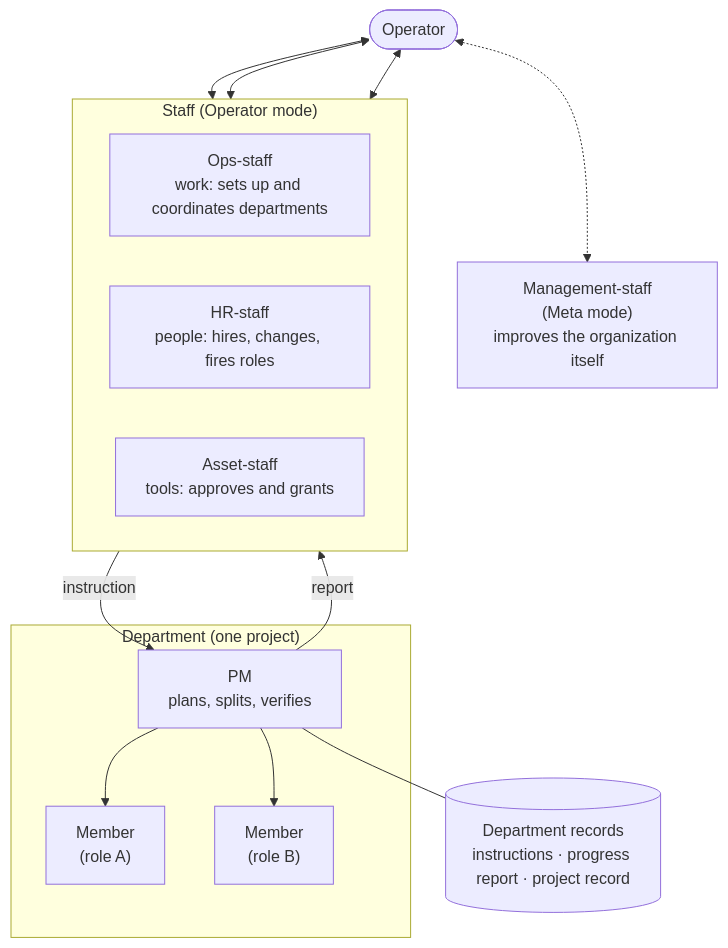
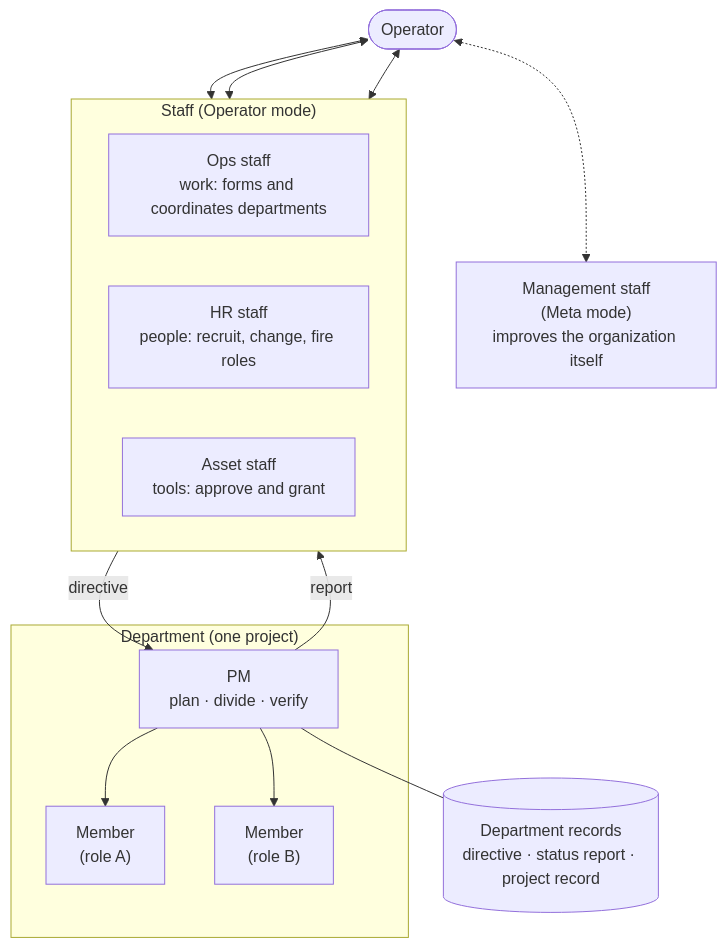
One commit to Alex2006-KOR/aise-org-site changed the diagram in docs/en/story/at-a-glance.md. Above: the diagram before and after it, drawn with Mermaid. The commit also changed other lines of this file and 241 other files, not shown here.

First line of the commit message:
Rewrite step 2 (EN + docs): chapters 2-9 in English, chapter 1/5 headings and links, architecture.md and rewrite-plan.md, real-browser evidence

````diff
--- a/docs/en/story/at-a-glance.md
+++ b/docs/en/story/at-a-glance.md
@@ -43,26 +118,26 @@
 ```mermaid
 flowchart TB
   OP(["Operator"])
   subgraph STAFF["Staff (Operator mode)"]
     direction LR
-    W["Ops-staff<br/>work: sets up and coordinates departments"]
-    H["HR-staff<br/>people: hires, changes, fires roles"]
-    A["Asset-staff<br/>tools: approves and grants"]
+    W["Ops staff<br/>work: forms and coordinates departments"]
+    H["HR staff<br/>people: recruit, change, fire roles"]
+    A["Asset staff<br/>tools: approve and grant"]
   end
-  MG["Management-staff<br/>(Meta mode)<br/>improves the organization itself"]
+  MG["Management staff<br/>(Meta mode)<br/>improves the organization itself"]
   subgraph DEPT["Department (one project)"]
-    PM["PM<br/>plans, splits, verifies"]
+    PM["PM<br/>plan · divide · verify"]
     M1["Member<br/>(role A)"]
     M2["Member<br/>(role B)"]
   end
-  REC[("Department records<br/>instructions · progress report · project record")]
+  REC[("Department records<br/>directive · status report · project record")]
   OP <--> W
   OP <--> H
   OP <--> A
   OP <-.-> MG
-  W -->|"instruction"| PM
+  W -->|"directive"| PM
   PM -->|"report"| W
   PM --> M1
   PM --> M2
   PM --- REC
 ```
````
